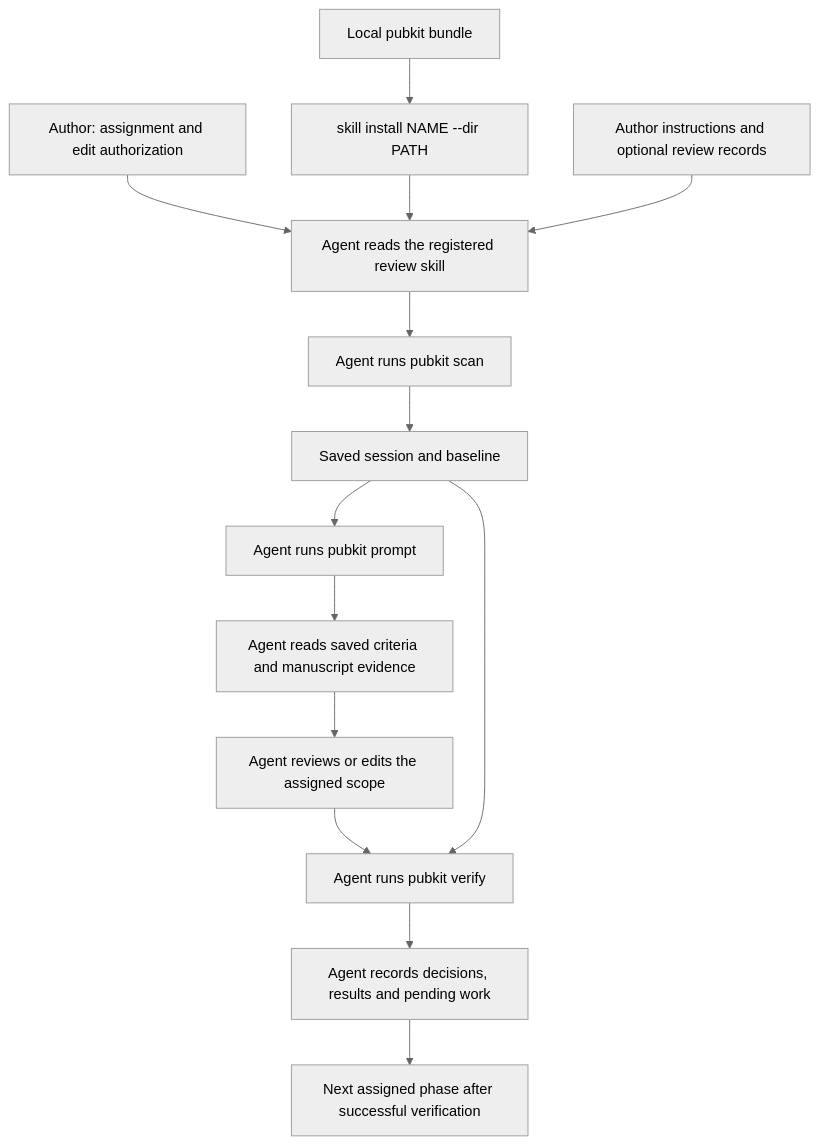
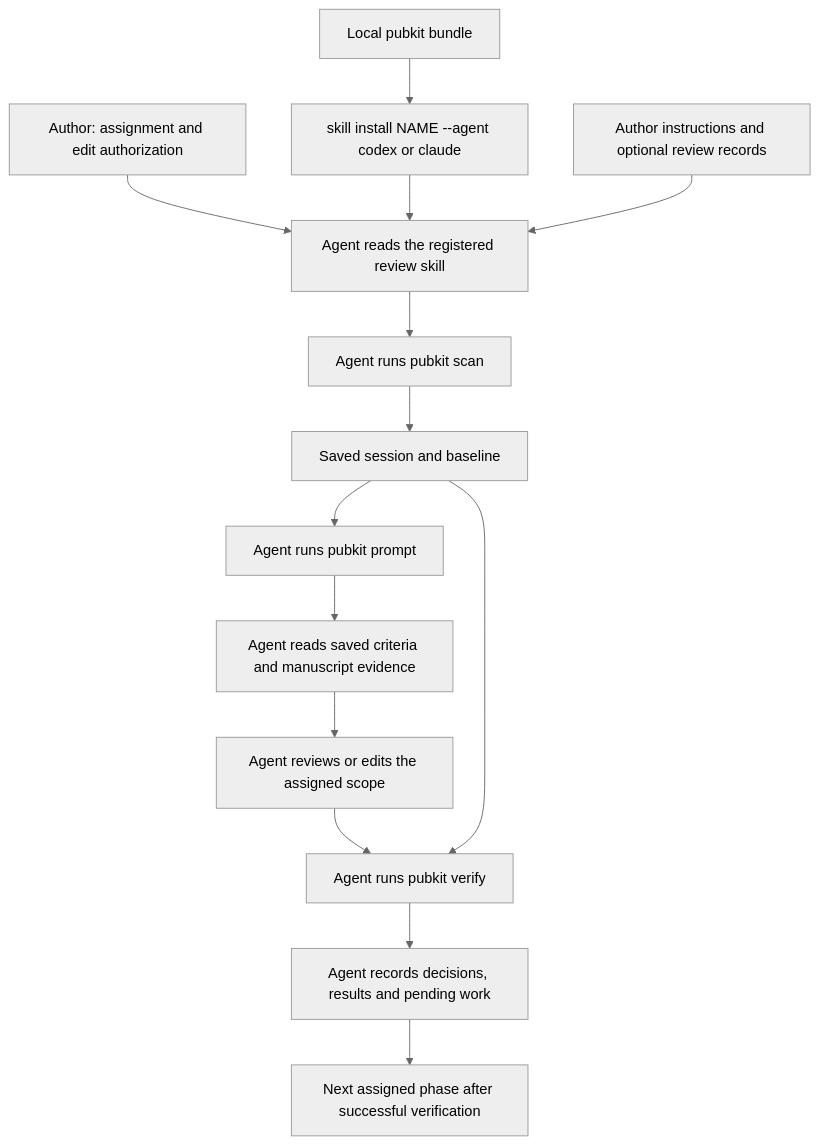
The diagram in docs/skill-integration.md (cybergarage/asciidoc-pubkit), drawn with Mermaid (neutral theme) before and after one commit. The commit also changed other lines of this file and 9 other files, not shown here.

Commit message:
Add agent-specific project destinations for skill registration

````diff
--- a/docs/skill-integration.md
+++ b/docs/skill-integration.md
@@ -16,16 +16,16 @@
 ```mermaid
 flowchart TD
     U["Author: assignment and edit authorization"] --> K["Agent reads the registered review skill"]
-    G["Local pubkit bundle"] --> T["skill install NAME --dir PATH"]
+    G["Local pubkit bundle"] --> T["skill install NAME --agent codex or claude"]
     T --> K
     I["Author instructions and optional review records"] --> K
     K --> S["Agent runs pubkit scan"]
     S --> B["Saved session and baseline"]
     B --> P["Agent runs pubkit prompt"]
     P --> R["Agent reads saved criteria and manuscript evidence"]
     R --> E["Agent reviews or edits the assigned scope"]
     E --> V["Agent runs pubkit verify"]
     B --> V
     V --> C["Agent records decisions, results and pending work"]
     C --> N["Next assigned phase after successful verification"]
 ```
````
